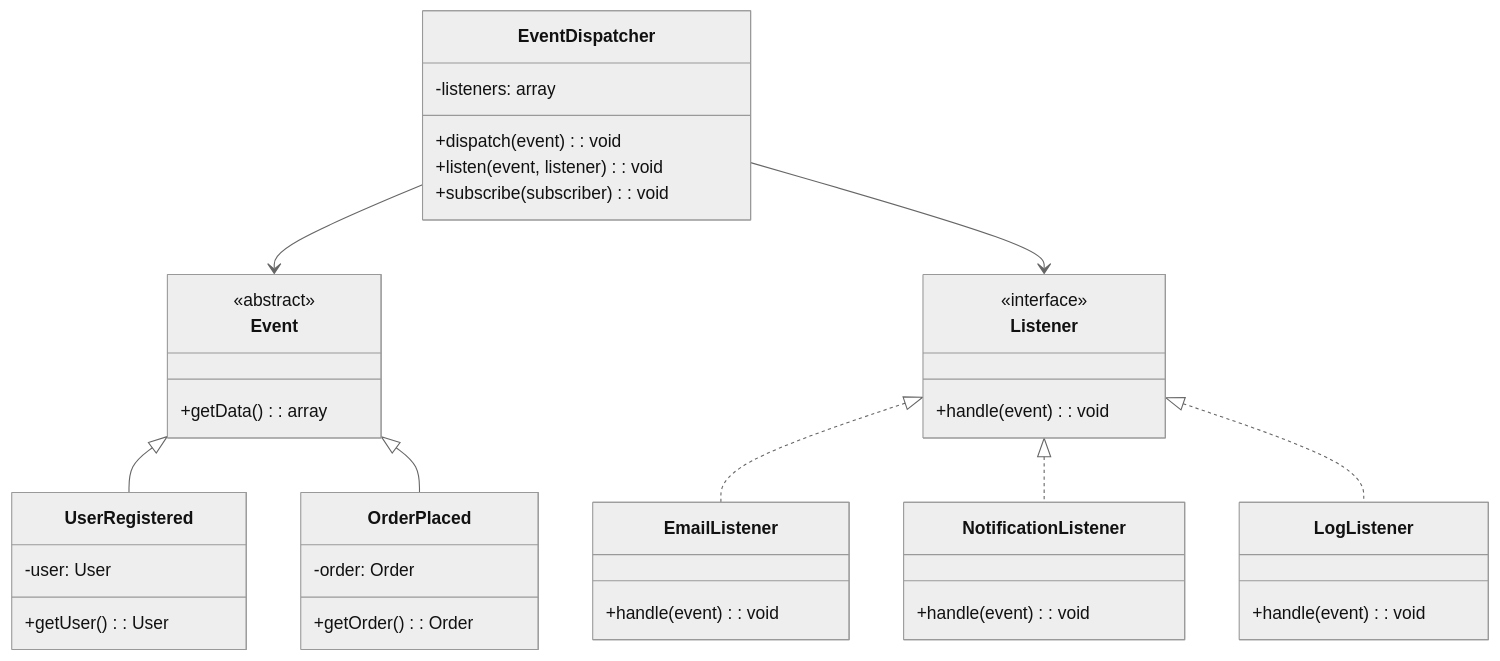
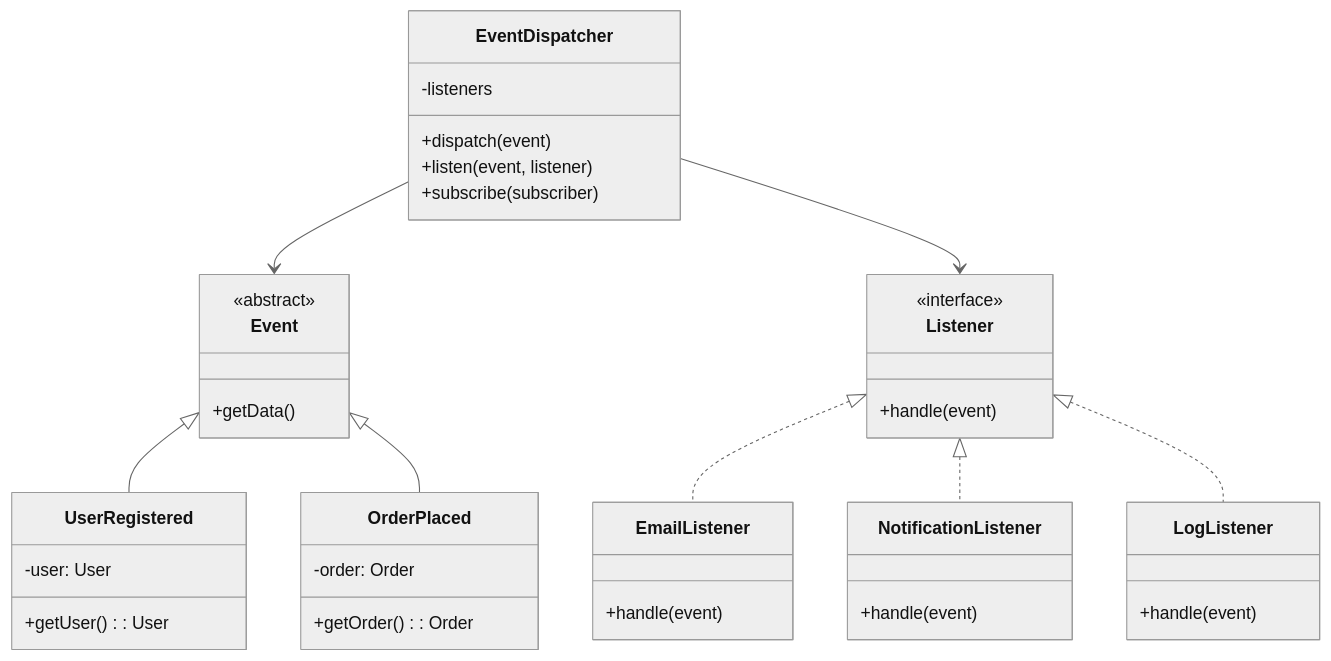
The third of 3 diagrams in resources/design-patterns/laravel/behavioral/mediator_en.md (fanly/DesignPattern), drawn with Mermaid (neutral theme) before and after one commit. The commit also changed other lines of this file and 103 other files, not shown here.

````diff
--- a/resources/design-patterns/laravel/behavioral/mediator_en.md
+++ b/resources/design-patterns/laravel/behavioral/mediator_en.md
@@ -77,49 +77,49 @@
 ```mermaid
 classDiagram
     class EventDispatcher {
-        -listeners: array
-        +dispatch(event): void
-        +listen(event, listener): void
-        +subscribe(subscriber): void
+        -listeners
+        +dispatch(event)
+        +listen(event, listener)
+        +subscribe(subscriber)
     }
     
     class Event {
         <<abstract>>
-        +getData(): array
+        +getData()
     }
     
     class UserRegistered {
         -user: User
         +getUser(): User
     }
     
     class OrderPlaced {
         -order: Order
         +getOrder(): Order
     }
     
     class Listener {
         <<interface>>
-        +handle(event): void
+        +handle(event)
     }
     
     class EmailListener {
-        +handle(event): void
+        +handle(event)
     }
     
     class NotificationListener {
-        +handle(event): void
+        +handle(event)
     }
     
     class LogListener {
-        +handle(event): void
+        +handle(event)
     }
     
     Event <|-- UserRegistered
     Event <|-- OrderPlaced
     Listener <|.. EmailListener
     Listener <|.. NotificationListener
     Listener <|.. LogListener
     EventDispatcher --> Event
     EventDispatcher --> Listener
 ```
````
